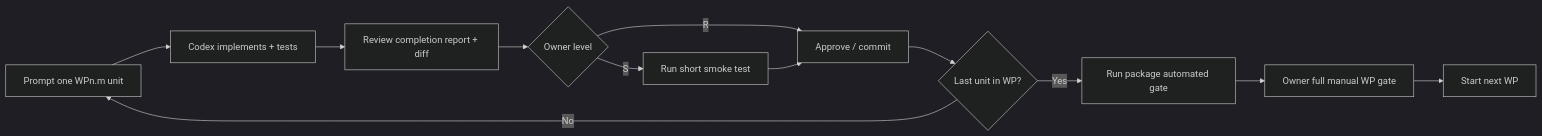
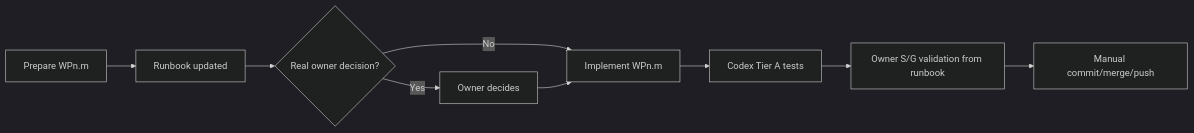
Before and after one commit to Lookieman/kaki-talkie: the second of 2 diagrams in docs/04-prototype/execution-plan.md, drawn with Mermaid (dark theme). The commit also changed other lines of this file and 6 other files, not shown here.

````diff
--- a/docs/04-prototype/execution-plan.md
+++ b/docs/04-prototype/execution-plan.md
@@ -1449,14 +79,11 @@
 ```mermaid
 flowchart LR
-    P["Prompt one WPn.m unit"] --> C["Codex implements + tests"]
-    C --> D["Review completion report + diff"]
-    D --> S{"Owner level"}
-    S -->|R| A["Approve / commit"]
-    S -->|S| M["Run short smoke test"]
-    M --> A
-    A --> N{"Last unit in WP?"}
-    N -->|No| P
-    N -->|Yes| G["Run package automated gate"]
-    G --> H["Owner full manual WP gate"]
-    H --> X["Start next WP"]
+    P["Prepare WPn.m"] --> R["Runbook updated"]
+    R --> D{"Real owner decision?"}
+    D -->|Yes| O["Owner decides"]
+    D -->|No| I["Implement WPn.m"]
+    O --> I
+    I --> T["Codex Tier A tests"]
+    T --> V["Owner S/G validation from runbook"]
+    V --> C["Manual commit/merge/push"]
 ```
````
